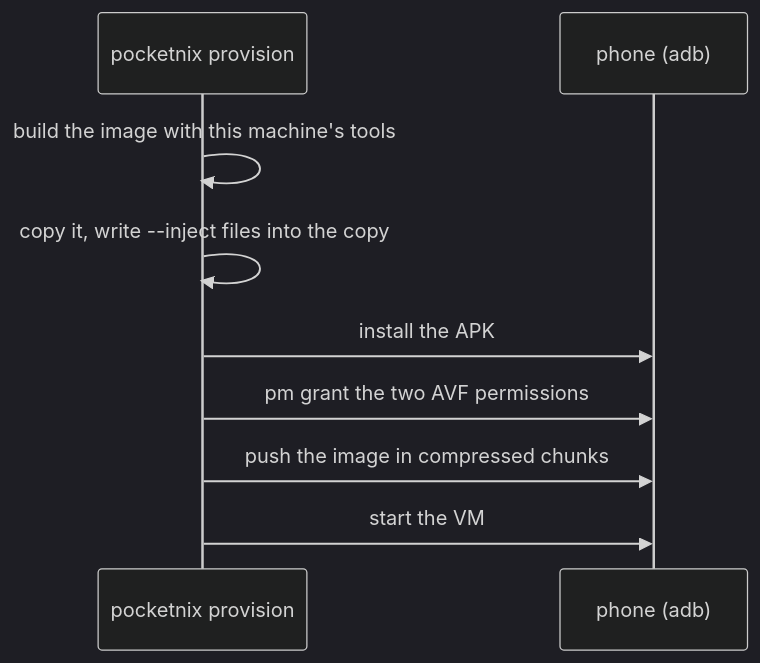
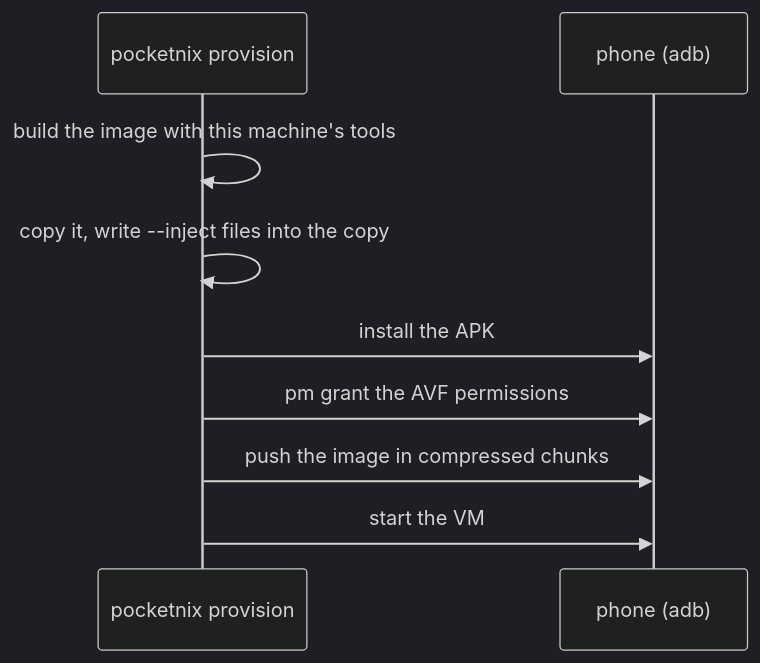
Before and after one commit to nickolaj-jepsen/pocketnix: the diagram in docs/getting-started.md, drawn with Mermaid (dark theme). The commit also changed other lines of this file and 7 other files, not shown here.

````diff
--- a/docs/getting-started.md
+++ b/docs/getting-started.md
@@ -65,11 +65,11 @@
 ```mermaid
 sequenceDiagram
   participant CLI as pocketnix provision
   participant Phone as phone (adb)
   CLI->>CLI: build the image with this machine's tools
   CLI->>CLI: copy it, write --inject files into the copy
   CLI->>Phone: install the APK
-  CLI->>Phone: pm grant the two AVF permissions
+  CLI->>Phone: pm grant the AVF permissions
   CLI->>Phone: push the image in compressed chunks
   CLI->>Phone: start the VM
 ```
````
